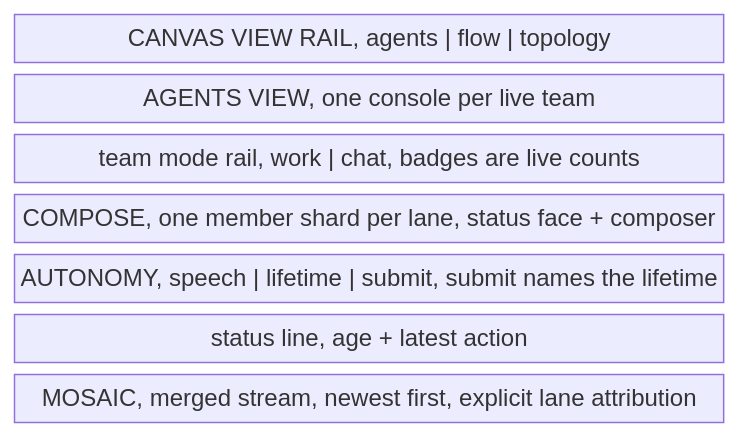
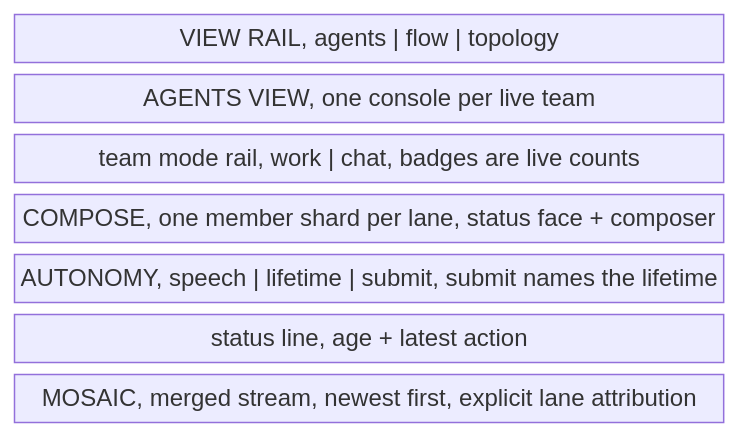
One commit to infimalabs/spice-rust changed diagram 17 of 17 in docs/product/loops.md. Above: the diagram before and after it, drawn with Mermaid. The commit also changed other lines of this file and 77 other files, not shown here.

````diff
--- a/docs/product/loops.md
+++ b/docs/product/loops.md
@@ -683,11 +683,11 @@
 ```mermaid
 block-beta
   columns 1
-  G["CANVAS VIEW RAIL, agents | flow | topology"]
+  G["VIEW RAIL, agents | flow | topology"]
   C["AGENTS VIEW, one console per live team"]
   R["team mode rail, work | chat, badges are live counts"]
   W["COMPOSE, one member shard per lane, status face + composer"]
   A["AUTONOMY, speech | lifetime | submit, submit names the lifetime"]
   S["status line, age + latest action"]
   M["MOSAIC, merged stream, newest first, explicit lane attribution"]
 ```
````
